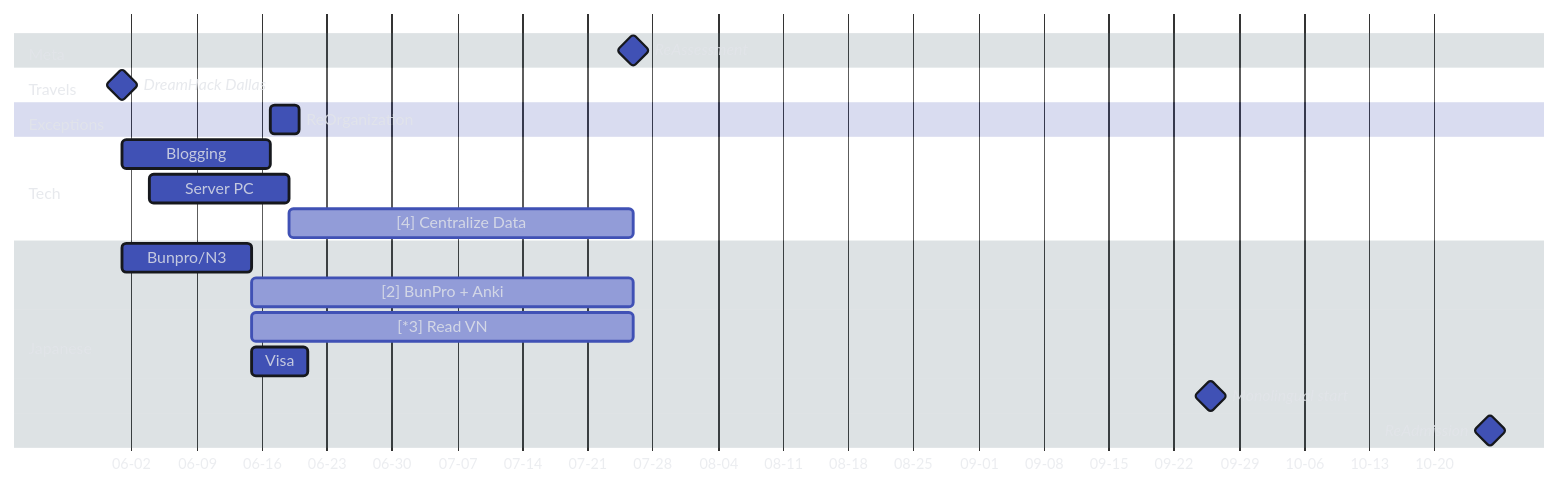
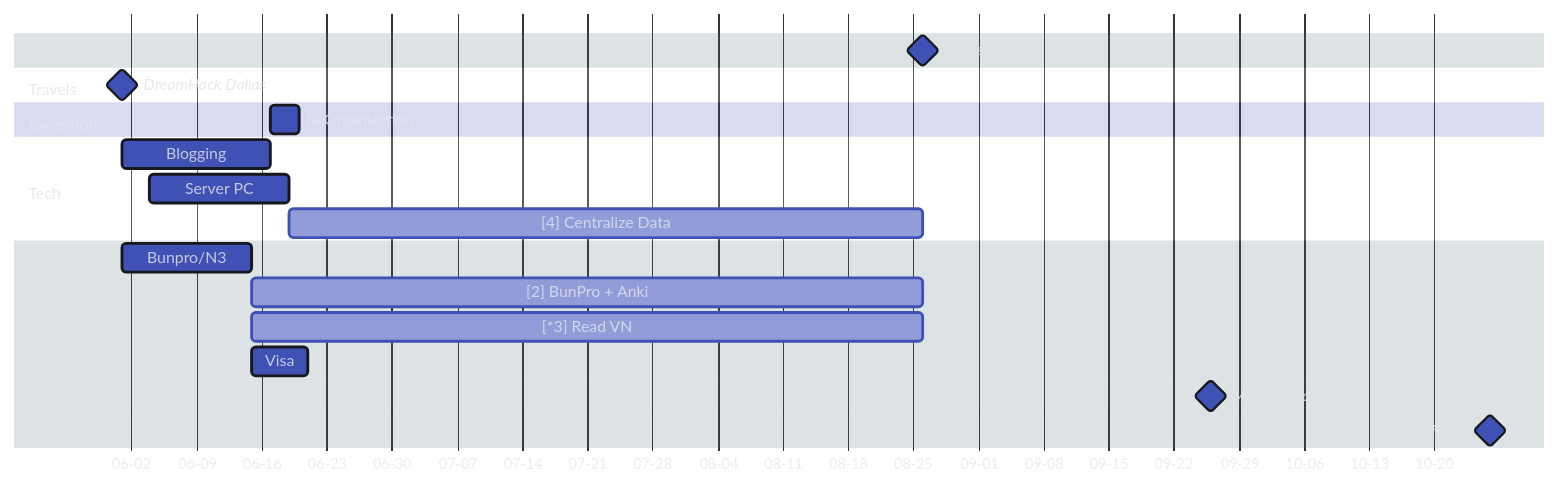
Before and after one commit to Serralq/Project-Norn: the first of 2 diagrams in docs/index.md, drawn with Mermaid.

Commit message:
Update project

````diff
--- a/docs/index.md
+++ b/docs/index.md
@@ -40,41 +40,41 @@
     ``` mermaid
     %%{
       init: {
         'theme': 'base',
         'themeVariables': {
           'darkMode': 'true',
           'fontFamily': 'hermit',
           'primaryColor': '#4051b5',
           'primaryBorderColor': '#16181D',
           'tertiaryColor': '#546d78',
           'tertiaryTextColor': '#E2E4E9D1',
           'textColor': '#E2E4E9D1',
           'noteTextColor': '#E2E4E9D1'
         }
       }
     }%%
     gantt
       dateFormat YY-MM-DD
       axisFormat %m-%d
       tickInterval 1week
       todayMarker stroke-width:3px,stroke:#E2E4E9,opacity:0.5
       section Meta
-        ReAssessment              :milestone,  m1, 24-07-26, 0d
+        ReAssessment              :milestone,  m1, 24-08-26, 0d
       section Travels
         DreamHack Dallas          :milestone,  v1 , 24-06-01, 0d
       section Exceptions
         ReOrganization            :            m3 , 24-06-17, 24-06-20
       section Tech
         Blogging                  :            t1 , 24-06-01, 24-06-17
         Server PC                 :            t2 , 24-06-04, 24-06-19
         [4] Centralize Data           :active,     t3 , 24-06-19, until m1
       section Japanese
         Bunpro/N3                 :            j1 , 24-06-01, 24-06-15
         [2] BunPro + Anki             :active,     j2 , after j1, until m1
         [*3] Read VN                  :active,     j3 , after j1, until m1
         Visa                      :            j4 , 24-06-15, 24-06-21
         %% Futures
         Monolingual start         :milestone,  j11, 24-09-26, 0d
         ReAdmission               :milestone,  j10, 24-10-26, 0d
       section Stationaries
     ```
````
